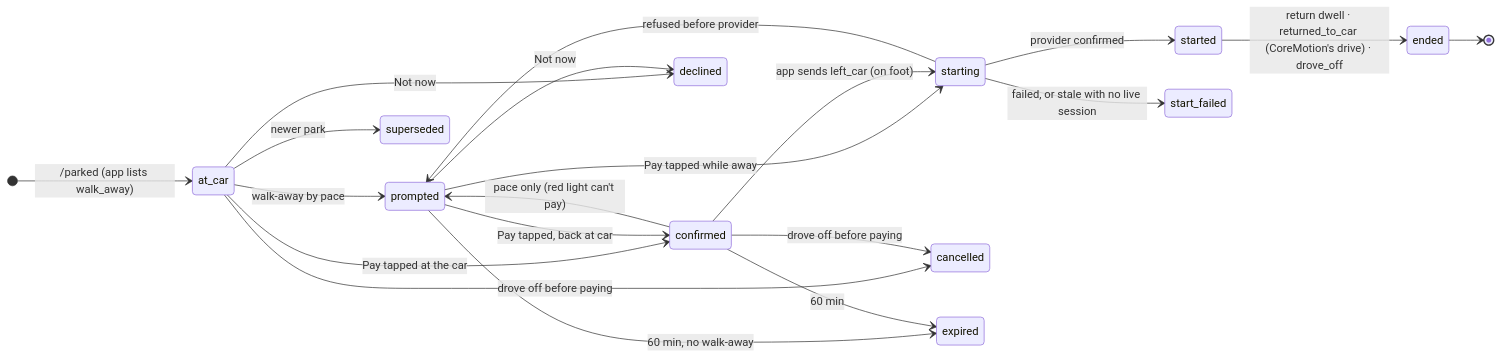
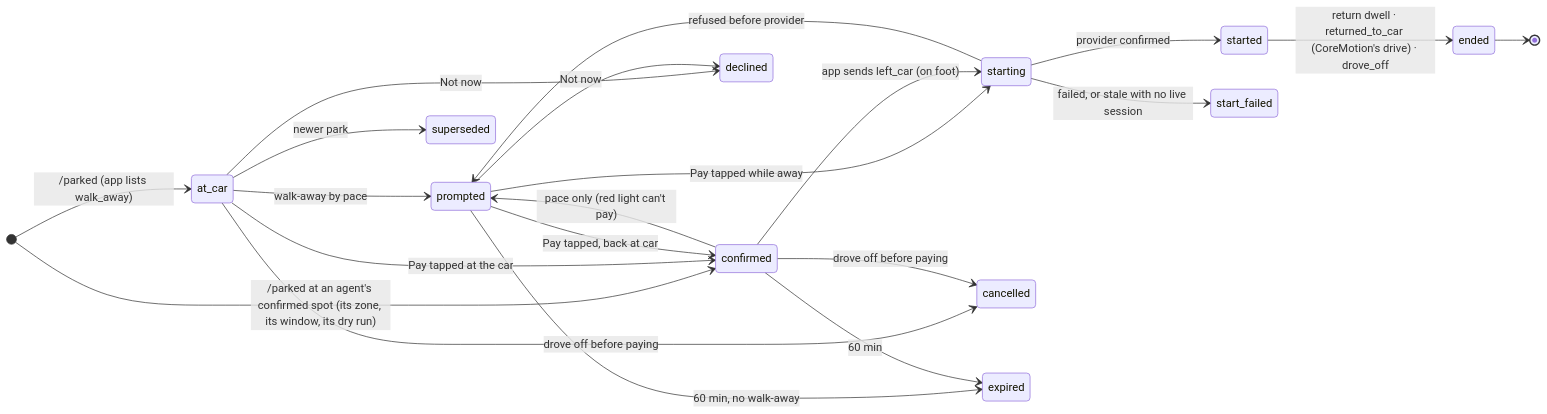
Before and after one commit to thomasbardhi01/parkagent: the second of 4 diagrams in docs/architecture.md, drawn with Mermaid. The commit also changed other lines of this file and 40 other files, not shown here.

````diff
--- a/docs/architecture.md
+++ b/docs/architecture.md
@@ -87,23 +92,24 @@
 ```mermaid
 stateDiagram-v2
   direction LR
   [*] --> at_car: /parked (app lists walk_away)
+  [*] --> confirmed: /parked at an agent's confirmed spot (its zone, its window, its dry run)
   at_car --> prompted: walk-away by pace
   at_car --> confirmed: Pay tapped at the car
   prompted --> confirmed: Pay tapped, back at car
   prompted --> starting: Pay tapped while away
   confirmed --> starting: app sends left_car (on foot)
   confirmed --> prompted: pace only (red light can't pay)
   starting --> started: provider confirmed
   starting --> start_failed: failed, or stale with no live session
   starting --> prompted: refused before provider
   started --> ended: return dwell · returned_to_car (CoreMotion's drive) · drove_off
   at_car --> declined: Not now
   prompted --> declined: Not now
   at_car --> cancelled: drove off before paying
   confirmed --> cancelled: drove off before paying
   at_car --> superseded: newer park
   prompted --> expired: 60 min, no walk-away
   confirmed --> expired: 60 min
   ended --> [*]
 ```
````
